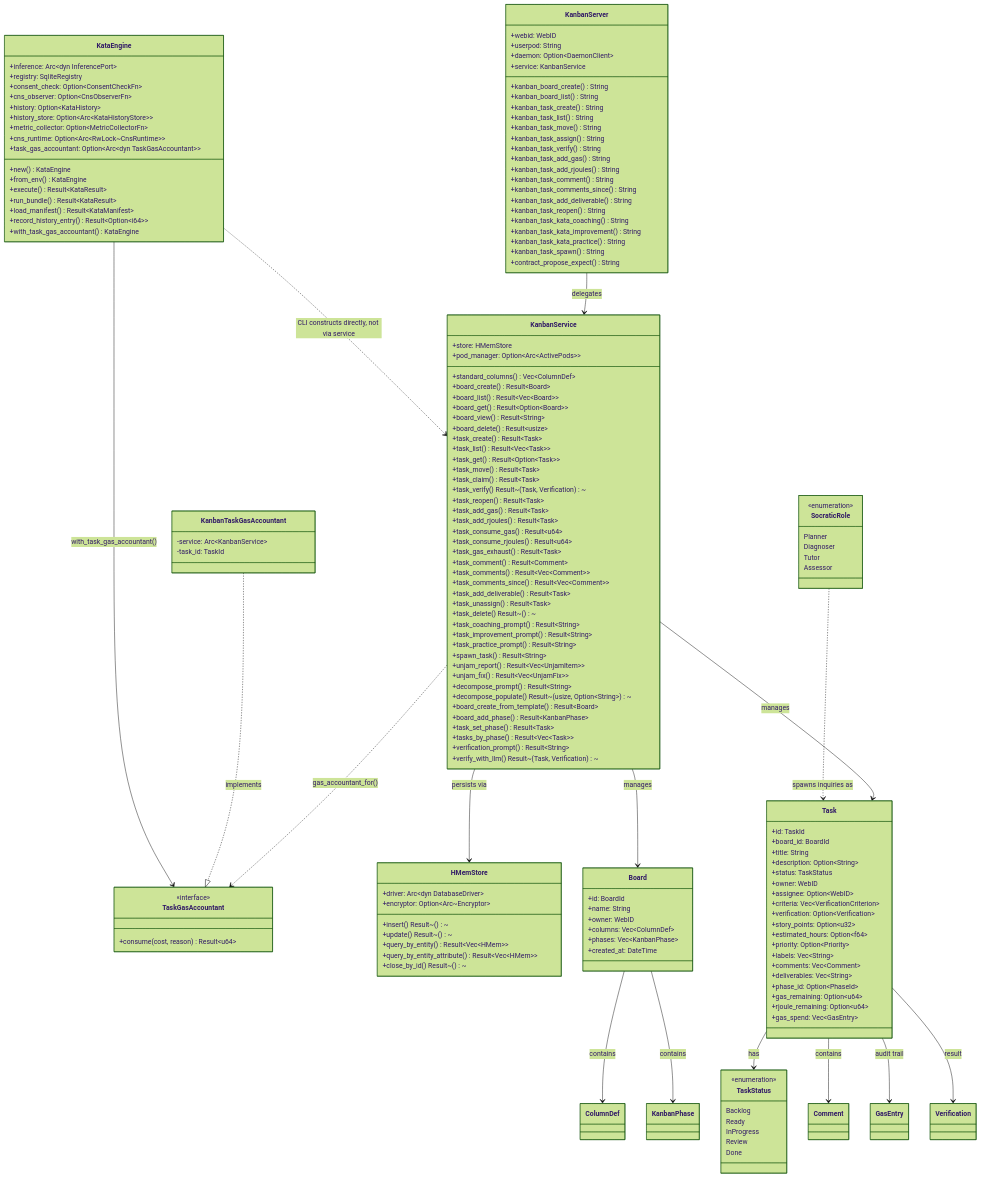
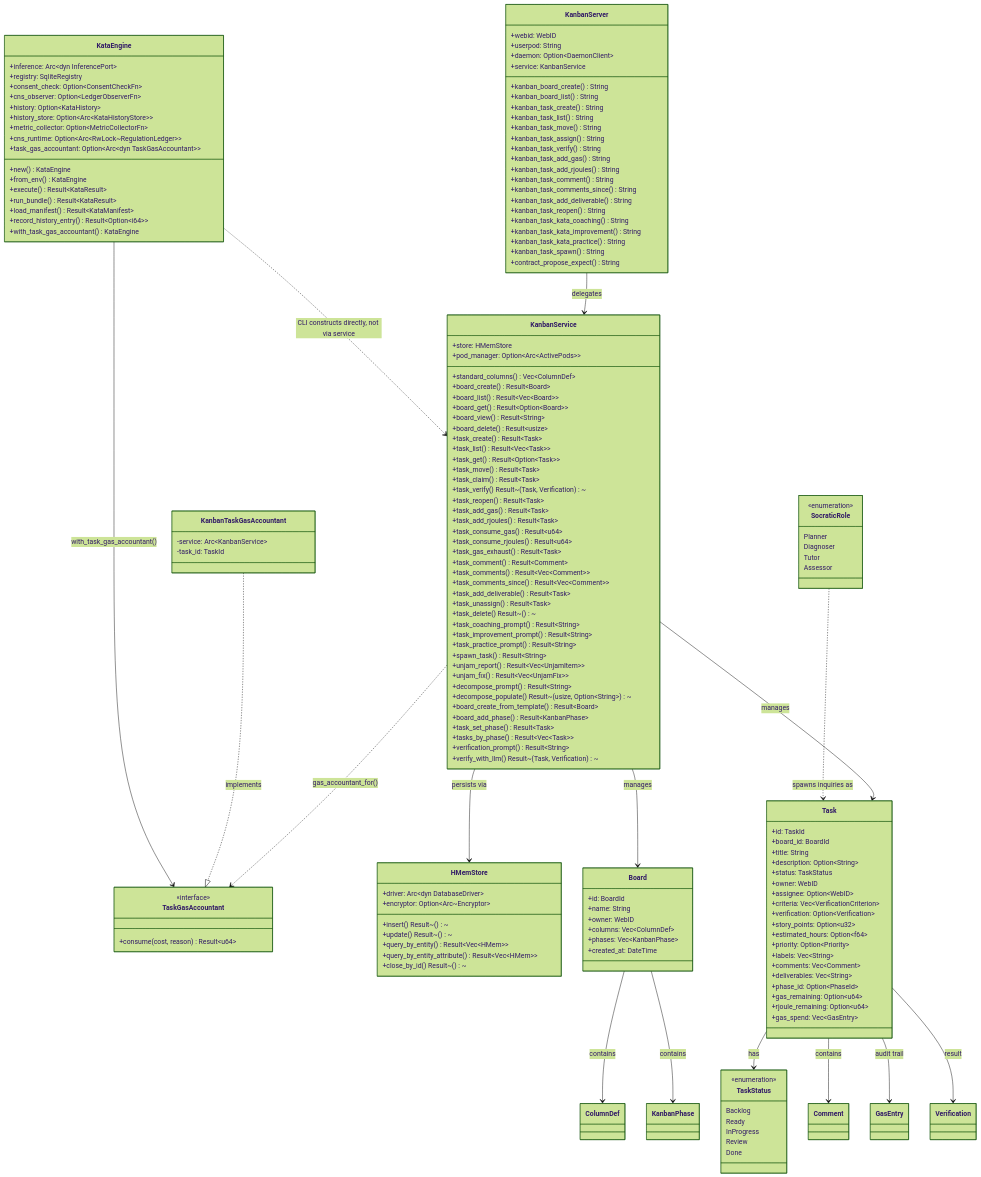
Before and after one commit to mdz-axo/hKask: the diagram in docs/diagrams/class-kata-kanban-architecture.md, drawn with Mermaid (forest theme). The commit also changed 35 other files, not shown here.

First line of the commit message:
document update - name change cns to regulationRename CNS types to regulation terminology in docs

```diff
--- a/docs/diagrams/class-kata-kanban-architecture.md
+++ b/docs/diagrams/class-kata-kanban-architecture.md
@@ -89,11 +89,11 @@
         +inference: Arc~dyn InferencePort~
         +registry: SqliteRegistry
         +consent_check: Option~ConsentCheckFn~
-        +cns_observer: Option~CnsObserverFn~
+        +cns_observer: Option~LedgerObserverFn~
         +history: Option~KataHistory~
         +history_store: Option~Arc~KataHistoryStore~~
         +metric_collector: Option~MetricCollectorFn~
-        +cns_runtime: Option~Arc~RwLock~CnsRuntime~~
+        +cns_runtime: Option~Arc~RwLock~RegulationLedger~~
         +task_gas_accountant: Option~Arc~dyn TaskGasAccountant~~
         +new() KataEngine
         +from_env() KataEngine
```
